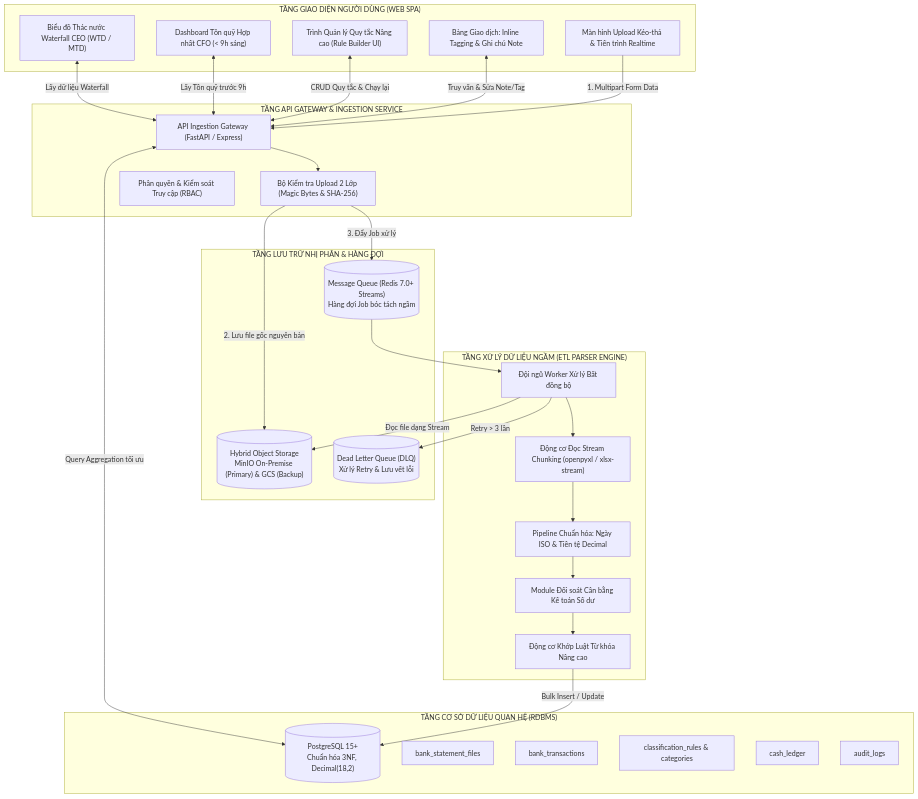
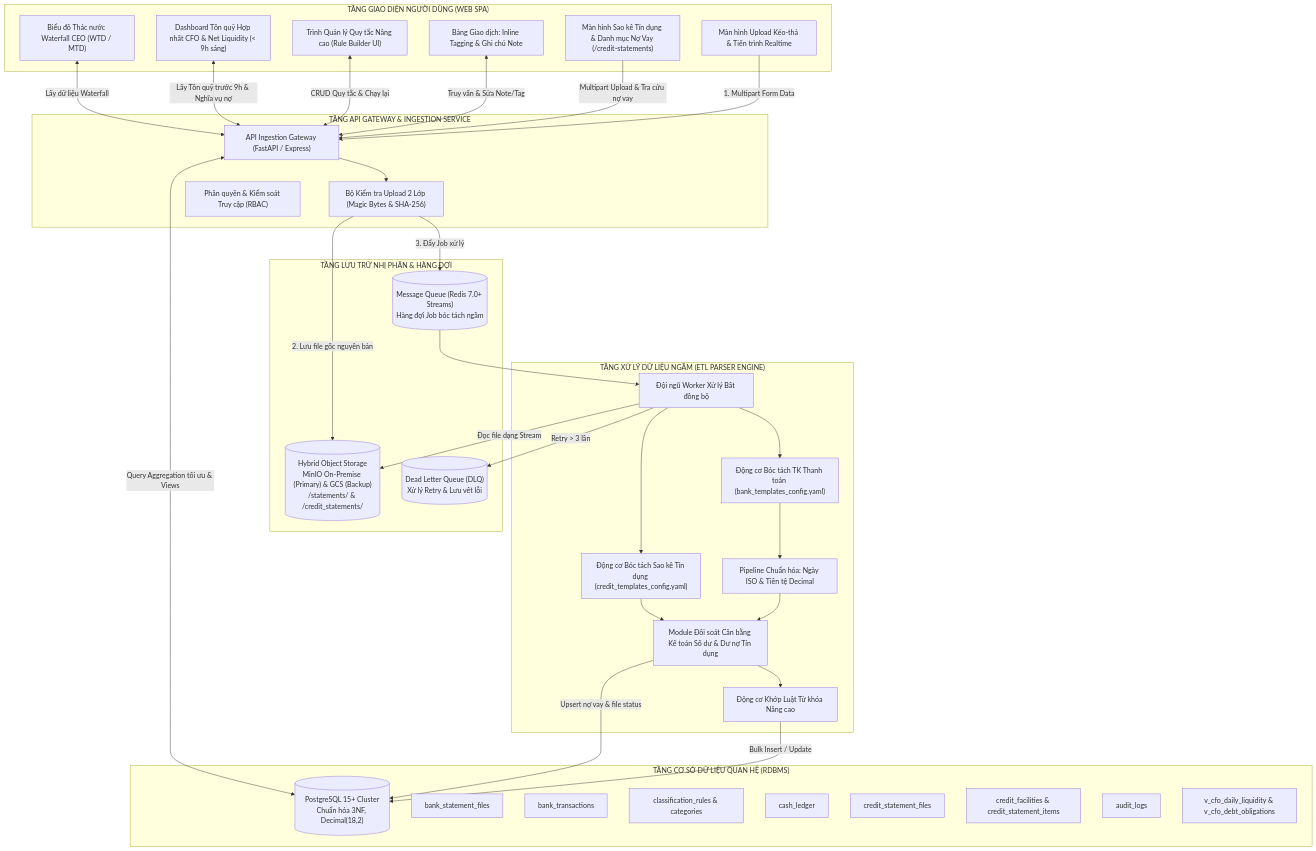
The diagram in docs/architecture_spec.md (nlcnhung024/treasury_system), drawn with Mermaid before and after one commit. The commit also changed other lines of this file and 49 other files, not shown here.

First line of the commit message:
feat(reports): refine balance continuity check & fix statement upload 500 error

````diff
--- a/docs/architecture_spec.md
+++ b/docs/architecture_spec.md
@@ -15,56 +15,65 @@
 ```mermaid
 flowchart TD
     subgraph ClientLayer["TẦNG GIAO DIỆN NGƯỜI DÙNG (WEB SPA)"]
         UI_Upload["Màn hình Upload Kéo-thả & Tiến trình Realtime"]
         UI_Table["Bảng Giao dịch: Inline Tagging & Ghi chú Note"]
+        UI_Credit["Màn hình Sao kê Tín dụng & Danh mục Nợ Vay (/credit-statements)"]
         UI_Rules["Trình Quản lý Quy tắc Nâng cao (Rule Builder UI)"]
-        UI_CFO["Dashboard Tồn quỹ Hợp nhất CFO (< 9h sáng)"]
+        UI_CFO["Dashboard Tồn quỹ Hợp nhất CFO & Net Liquidity (< 9h sáng)"]
         UI_CEO["Biểu đồ Thác nước Waterfall CEO (WTD / MTD)"]
     end
 
     subgraph APILayer["TẦNG API GATEWAY & INGESTION SERVICE"]
         API_Gate["API Ingestion Gateway (FastAPI / Express)"]
         Val_Module["Bộ Kiểm tra Upload 2 Lớp (Magic Bytes & SHA-256)"]
         Auth_RBAC["Phân quyền & Kiểm soát Truy cập (RBAC)"]
     end
 
     subgraph StorageQueue["TẦNG LƯU TRỮ NHỊ PHÂN & HÀNG ĐỢI"]
-        Obj_Store[("Hybrid Object Storage<br/>MinIO On-Premise (Primary) & GCS (Backup)")]
+        Obj_Store[("Hybrid Object Storage<br/>MinIO On-Premise (Primary) & GCS (Backup)<br/>/statements/ & /credit_statements/")]
         Msg_Queue[("Message Queue (Redis 7.0+ Streams)<br/>Hàng đợi Job bóc tách ngầm")]
         DLQ[("Dead Letter Queue (DLQ)<br/>Xử lý Retry & Lưu vết lỗi")]
     end
 
     subgraph WorkerLayer["TẦNG XỬ LÝ DỮ LIỆU NGẦM (ETL PARSER ENGINE)"]
         Worker_Pool["Đội ngũ Worker Xử lý Bất đồng bộ"]
-        Stream_Parser["Động cơ Đọc Stream Chunking (openpyxl / xlsx-stream)"]
+        Stream_Parser["Động cơ Bóc tách TK Thanh toán (bank_templates_config.yaml)"]
+        Credit_Parser["Động cơ Bóc tách Sao kê Tín dụng (credit_templates_config.yaml)"]
         Clean_Engine["Pipeline Chuẩn hóa: Ngày ISO & Tiền tệ Decimal"]
-        Recon_Engine["Module Đối soát Cân bằng Kế toán Số dư"]
+        Recon_Engine["Module Đối soát Cân bằng Kế toán Số dư & Dư nợ Tín dụng"]
         Rule_Engine["Động cơ Khớp Luật Từ khóa Nâng cao"]
     end
 
     subgraph DataLayer["TẦNG CƠ SỞ DỮ LIỆU QUAN HỆ (RDBMS)"]
-        PG_DB[("PostgreSQL 15+<br/>Chuẩn hóa 3NF, Decimal(18,2)")]
+        PG_DB[("PostgreSQL 15+ Cluster<br/>Chuẩn hóa 3NF, Decimal(18,2)")]
         Table_Files["bank_statement_files"]
         Table_Trans["bank_transactions"]
         Table_Rules["classification_rules & categories"]
         Table_Cash["cash_ledger"]
+        Table_CreditFiles["credit_statement_files"]
+        Table_CreditFac["credit_facilities & credit_statement_items"]
         Table_Audit["audit_logs"]
+        View_CFO["v_cfo_daily_liquidity & v_cfo_debt_obligations"]
     end
 
     %% Luồng kết nối
     UI_Upload -->|1. Multipart Form Data| API_Gate
+    UI_Credit -->|Multipart Upload & Tra cứu nợ vay| API_Gate
     API_Gate --> Val_Module
     Val_Module -->|2. Lưu file gốc nguyên bản| Obj_Store
     Val_Module -->|3. Đẩy Job xử lý| Msg_Queue
     Msg_Queue --> Worker_Pool
     Worker_Pool -->|Retry > 3 lần| DLQ
     Worker_Pool -->|Đọc file dạng Stream| Obj_Store
-    Worker_Pool --> Stream_Parser --> Clean_Engine --> Recon_Engine --> Rule_Engine
+    Worker_Pool --> Stream_Parser & Credit_Parser
+    Stream_Parser --> Clean_Engine --> Recon_Engine --> Rule_Engine
+    Credit_Parser --> Recon_Engine
     Rule_Engine -->|Bulk Insert / Update| PG_DB
+    Recon_Engine -->|Upsert nợ vay & file status| PG_DB
     
     UI_Table <-->|Truy vấn & Sửa Note/Tag| API_Gate
     UI_Rules <-->|CRUD Quy tắc & Chạy lại| API_Gate
-    UI_CFO <-->|Lấy Tồn quỹ trước 9h| API_Gate
+    UI_CFO <-->|Lấy Tồn quỹ trước 9h & Nghĩa vụ nợ| API_Gate
     UI_CEO <-->|Lấy dữ liệu Waterfall| API_Gate
-    API_Gate <-->|Query Aggregation tối ưu| PG_DB
+    API_Gate <-->|Query Aggregation tối ưu & Views| PG_DB
 ```
````
